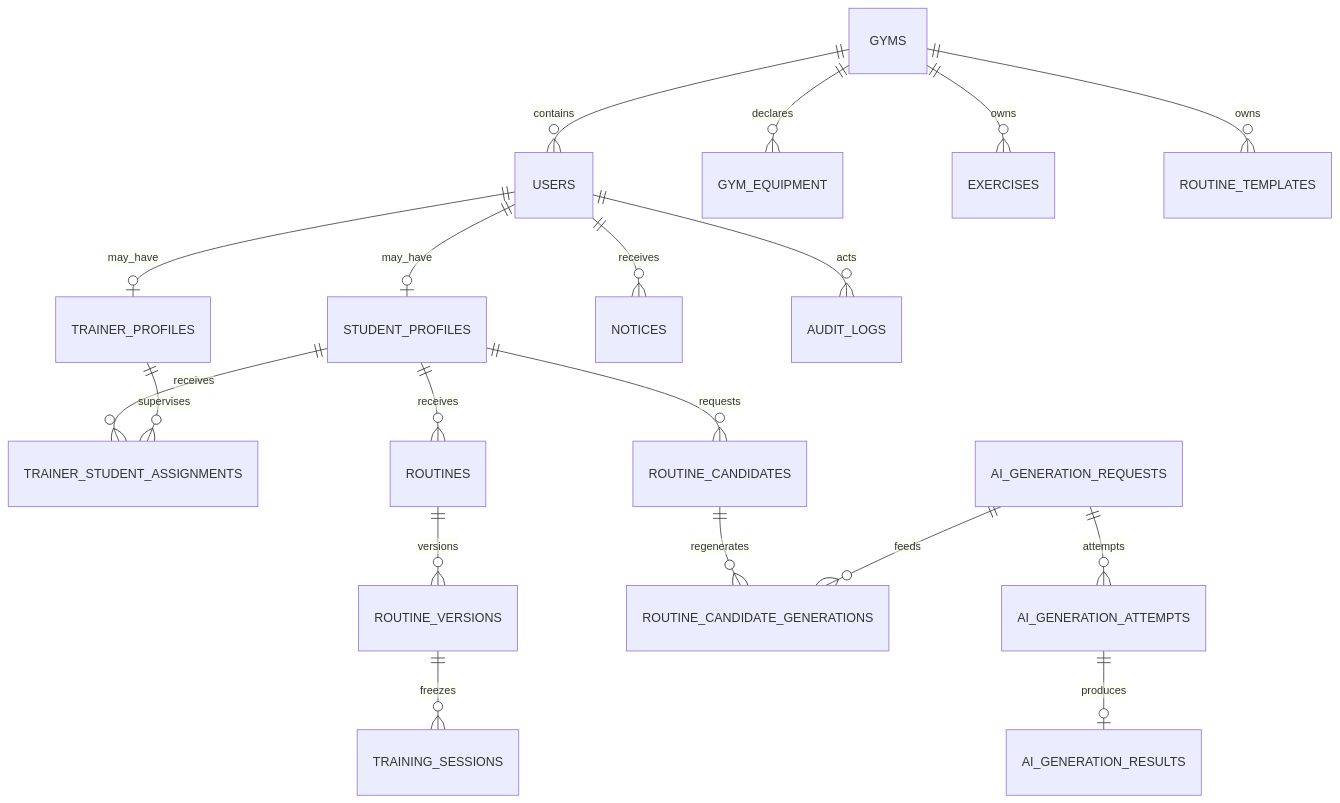
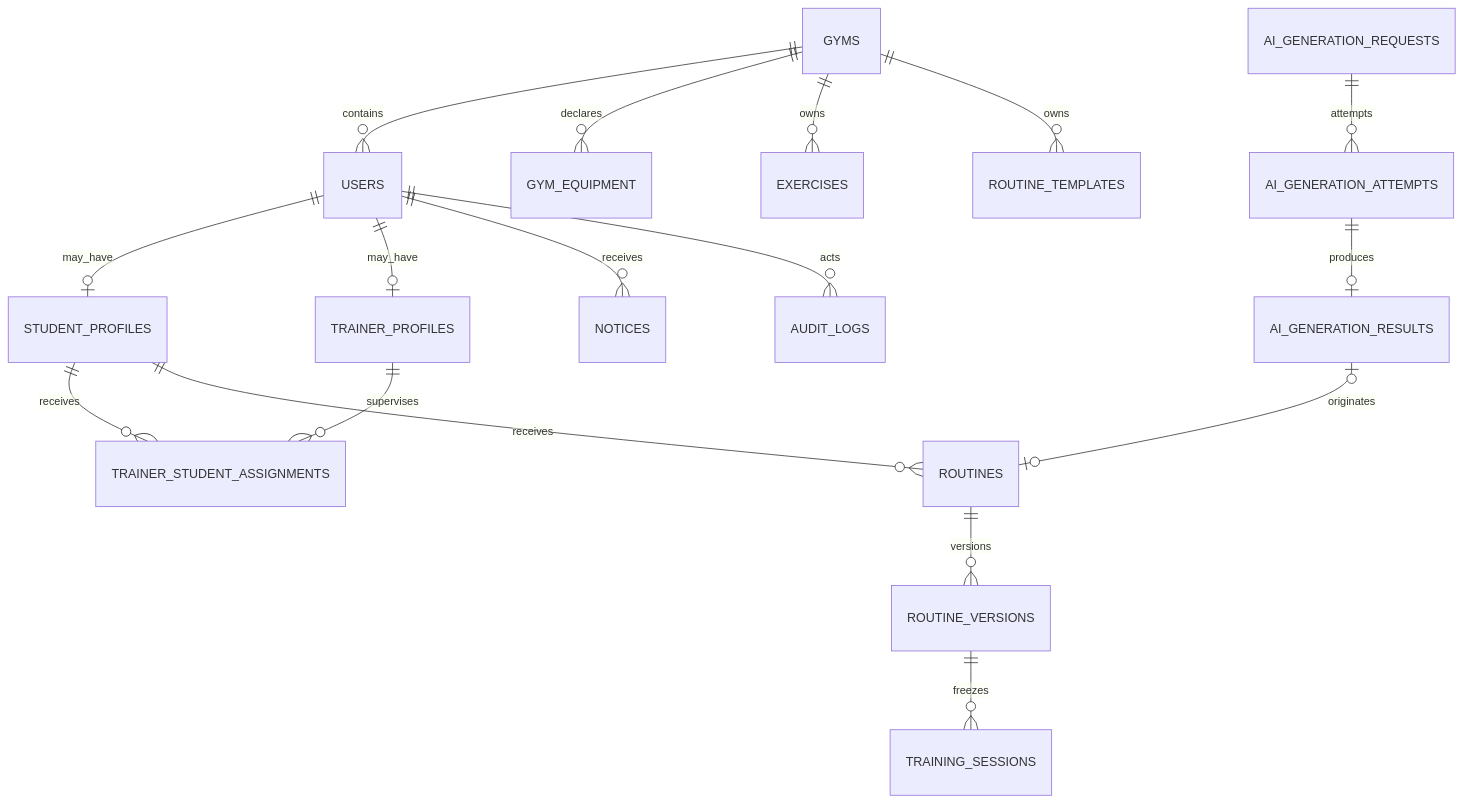
One commit to Maico-Zurbriggen/proyecto-gimnasio-documentacion changed the first of 9 diagrams in architecture/database-relational-model.md. Above: the diagram before and after it, drawn with Mermaid. The commit also changed other lines of this file and 12 other files, not shown here.

````diff
--- a/architecture/database-relational-model.md
+++ b/architecture/database-relational-model.md
@@ -32,21 +32,19 @@
 ```mermaid
 erDiagram
     GYMS ||--o{ USERS : contains
     GYMS ||--o{ GYM_EQUIPMENT : declares
     USERS ||--o| STUDENT_PROFILES : may_have
     USERS ||--o| TRAINER_PROFILES : may_have
     STUDENT_PROFILES ||--o{ TRAINER_STUDENT_ASSIGNMENTS : receives
     TRAINER_PROFILES ||--o{ TRAINER_STUDENT_ASSIGNMENTS : supervises
     GYMS ||--o{ EXERCISES : owns
     GYMS ||--o{ ROUTINE_TEMPLATES : owns
     STUDENT_PROFILES ||--o{ ROUTINES : receives
     ROUTINES ||--o{ ROUTINE_VERSIONS : versions
     ROUTINE_VERSIONS ||--o{ TRAINING_SESSIONS : freezes
-    STUDENT_PROFILES ||--o{ ROUTINE_CANDIDATES : requests
-    ROUTINE_CANDIDATES ||--o{ ROUTINE_CANDIDATE_GENERATIONS : regenerates
-    AI_GENERATION_REQUESTS ||--o{ ROUTINE_CANDIDATE_GENERATIONS : feeds
+    AI_GENERATION_RESULTS o|--o| ROUTINES : originates
     AI_GENERATION_REQUESTS ||--o{ AI_GENERATION_ATTEMPTS : attempts
     AI_GENERATION_ATTEMPTS ||--o| AI_GENERATION_RESULTS : produces
     USERS ||--o{ NOTICES : receives
     USERS ||--o{ AUDIT_LOGS : acts
 ```
````
